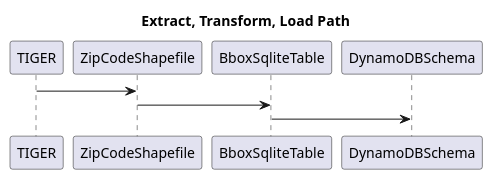
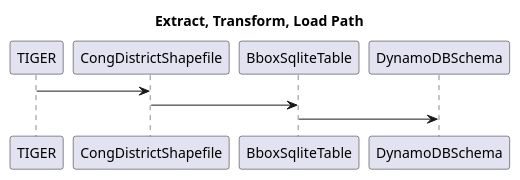
One commit to smitty1eGH/dynageo changed the diagram in README.org. Above: the diagram before and after it, drawn with PlantUML. The commit also changed other lines of this file and 8 other files, not shown here.

```diff
--- a/README.org
+++ b/README.org
@@ -44,6 +24,6 @@
 #+BEGIN_SRC plantuml :file docs/data_ingest.png
 title "Extract, Transform, Load Path"
-TIGER -> ZipCodeShapefile
-ZipCodeShapefile -> BboxSqliteTable
+TIGER -> CongDistrictShapefile
+CongDistrictShapefile -> BboxSqliteTable
 BboxSqliteTable -> DynamoDBSchema
 #+END_SRC
```
